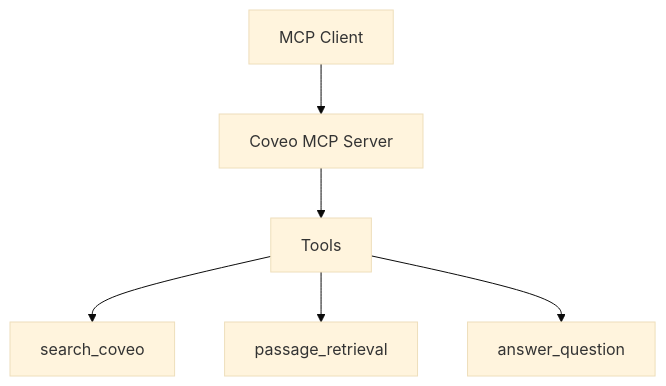
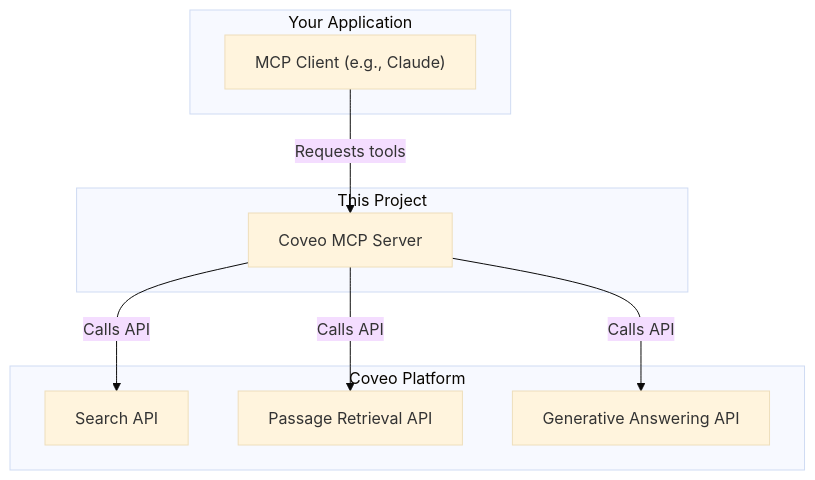
One commit to coveo-labs/coveo-mcp-server changed the diagram in README.md. Above: the diagram before and after it, drawn with Mermaid (base theme). The commit also changed other lines of this file, not shown here.

Commit message:
Revise README.md to enhance structure and clarity, including updated sections on functionality, available tools, and setup instructions.

````diff
--- a/README.md
+++ b/README.md
@@ -15,8 +16,21 @@
 ```mermaid
 flowchart TD
-    MCPCLIENT["MCP Client"] --> MCPSERVER["Coveo MCP Server"]
-    MCPSERVER --> TOOLS["Tools"]
-    TOOLS --> SAPI["search_coveo"]
-    TOOLS --> PRAI["passage_retrieval"]
-    TOOLS --> AA["answer_question"]
+    subgraph Your Application
+        MCP_CLIENT["MCP Client (e.g., Claude)"]
+    end
+    
+    subgraph This Project
+        MCP_SERVER["Coveo MCP Server"]
+    end
+
+    subgraph Coveo Platform
+        SEARCH_API["Search API"]
+        PASSAGE_API["Passage Retrieval API"]
+        ANSWER_API["Generative Answering API"]
+    end
+
+    MCP_CLIENT -- "Requests tools" --> MCP_SERVER
+    MCP_SERVER -- "Calls API" --> SEARCH_API
+    MCP_SERVER -- "Calls API" --> PASSAGE_API
+    MCP_SERVER -- "Calls API" --> ANSWER_API
 ```
````
